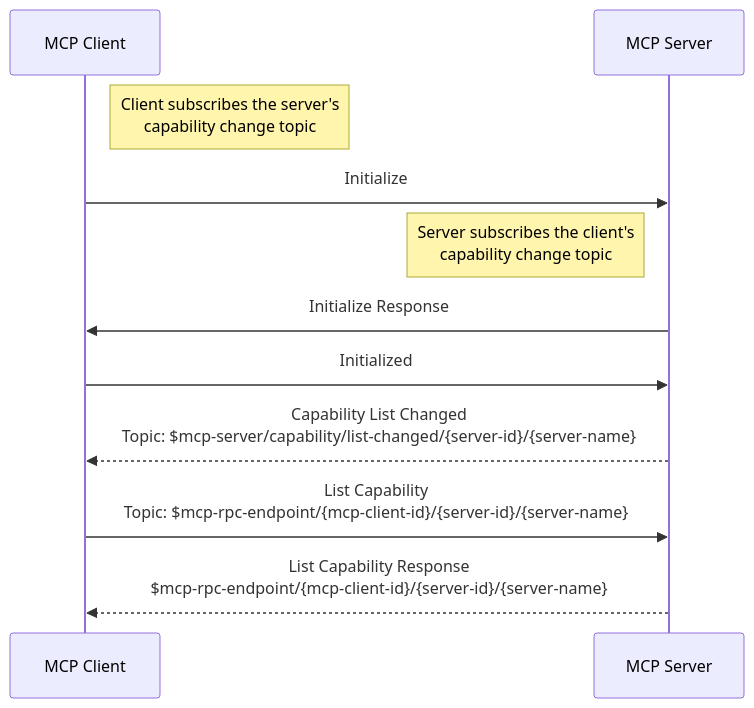
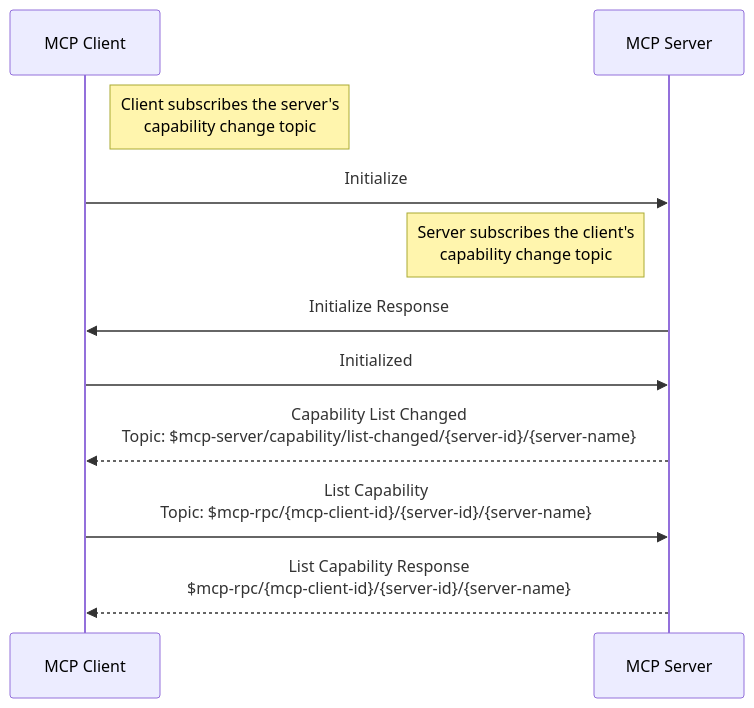
One commit to mqtt-ai/mcp-over-mqtt changed the third of 4 diagrams in specification/2025-03-26/basic/mqtt_transport.md. Above: the diagram before and after it, drawn with Mermaid. The commit also changed other lines of this file, not shown here.

Commit message:
rename topic $mcp-rpc-endpoint to $mcp-rpc

````diff
--- a/specification/2025-03-26/basic/mqtt_transport.md
+++ b/specification/2025-03-26/basic/mqtt_transport.md
@@ -343,19 +343,19 @@
 ```mermaid
 
 sequenceDiagram
     participant MCP_Client as MCP Client
     participant MCP_Server as MCP Server
 
     Note right of MCP_Client: Client subscribes the server's<br/>capability change topic
     MCP_Client ->> MCP_Server: Initialize
 
     Note left of MCP_Server: Server subscribes the client's<br/>capability change topic
     MCP_Server ->> MCP_Client: Initialize Response
     MCP_Client ->> MCP_Server: Initialized
 
     MCP_Server -->> MCP_Client: Capability List Changed<br/>Topic: $mcp-server/capability/list-changed/{server-id}/{server-name}
 
-    MCP_Client ->> MCP_Server: List Capability<br/>Topic: $mcp-rpc-endpoint/{mcp-client-id}/{server-id}/{server-name}
+    MCP_Client ->> MCP_Server: List Capability<br/>Topic: $mcp-rpc/{mcp-client-id}/{server-id}/{server-name}
 
-    MCP_Server -->> MCP_Client: List Capability Response<br/>$mcp-rpc-endpoint/{mcp-client-id}/{server-id}/{server-name}
+    MCP_Server -->> MCP_Client: List Capability Response<br/>$mcp-rpc/{mcp-client-id}/{server-id}/{server-name}
 ```
````
